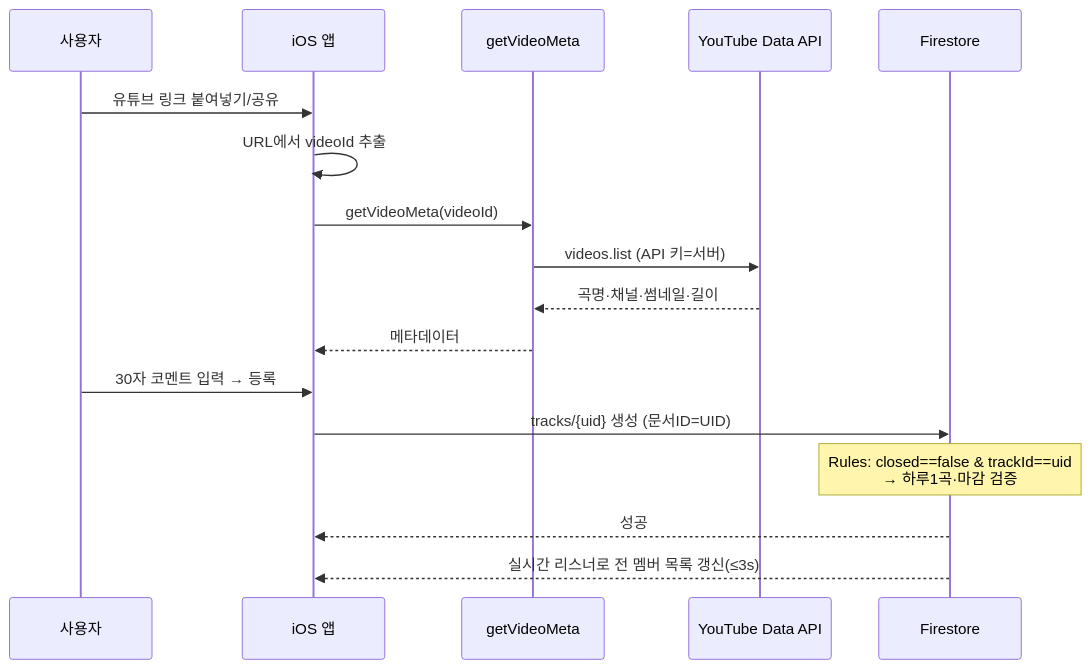
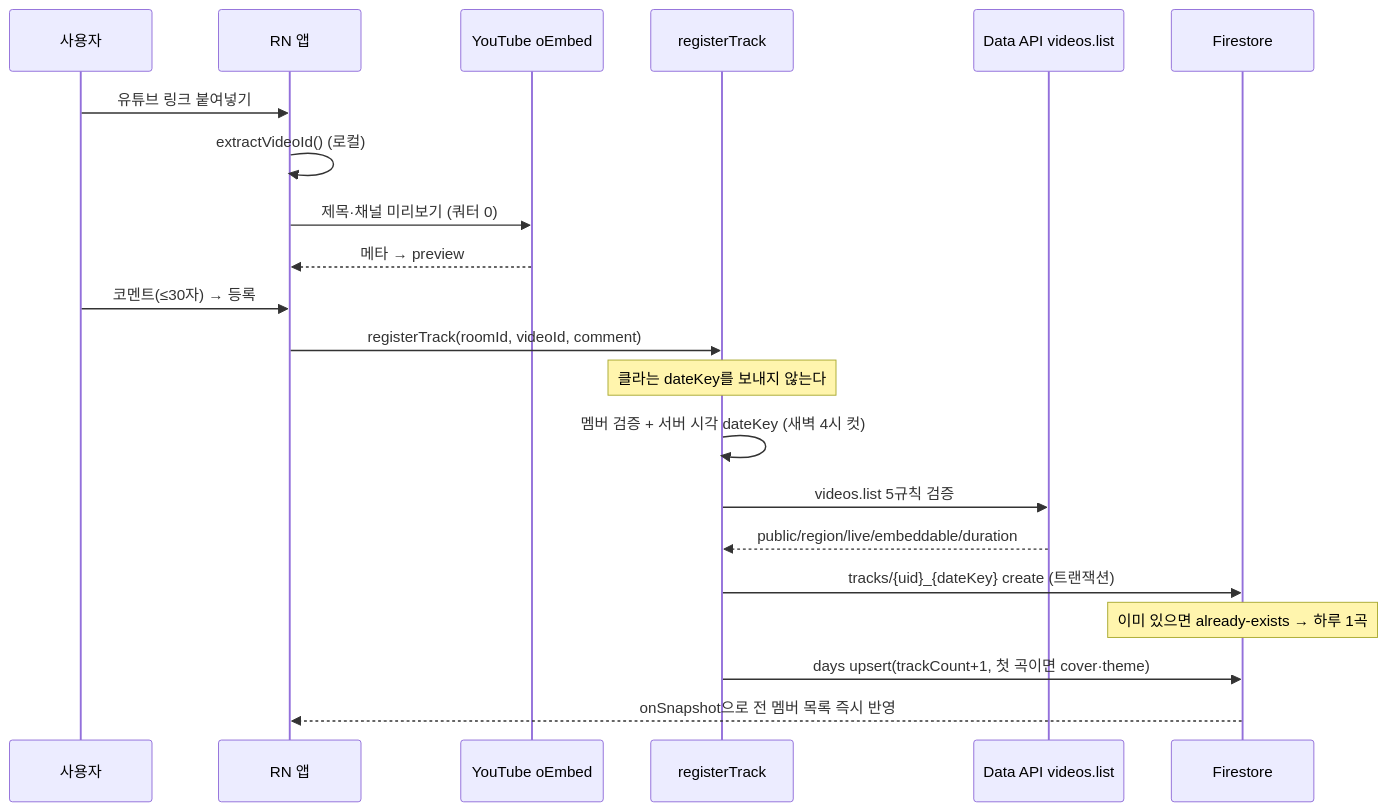
The second of 3 diagrams in docs/시스템아키텍처.md (team-muzikismulife/muzik), drawn with Mermaid before and after one commit. The commit also changed other lines of this file and 1 other file, not shown here.

First line of the commit message:
docs: 시스템 아키텍처 v2 재작성 및 ERD 정합성 이슈 절 추가

````diff
--- a/docs/시스템아키텍처.md
+++ b/docs/시스템아키텍처.md
@@ -79,20 +77,24 @@
 ```mermaid
 sequenceDiagram
     participant U as 사용자
-    participant App as iOS 앱
-    participant CF as getVideoMeta
-    participant YT as YouTube Data API
+    participant App as RN 앱
+    participant OE as YouTube oEmbed
+    participant CF as registerTrack
+    participant YT as Data API videos.list
     participant FS as Firestore
 
-    U->>App: 유튜브 링크 붙여넣기/공유
-    App->>App: URL에서 videoId 추출
-    App->>CF: getVideoMeta(videoId)
-    CF->>YT: videos.list (API 키=서버)
-    YT-->>CF: 곡명·채널·썸네일·길이
-    CF-->>App: 메타데이터
-    U->>App: 30자 코멘트 입력 → 등록
-    App->>FS: tracks/{uid} 생성 (문서ID=UID)
-    Note over FS: Rules: closed==false & trackId==uid<br/>→ 하루1곡·마감 검증
-    FS-->>App: 성공
-    FS-->>App: 실시간 리스너로 전 멤버 목록 갱신(≤3s)
+    U->>App: 유튜브 링크 붙여넣기
+    App->>App: extractVideoId() (로컬)
+    App->>OE: 제목·채널 미리보기 (쿼터 0)
+    OE-->>App: 메타 → preview
+    U->>App: 코멘트(≤30자) → 등록
+    App->>CF: registerTrack(roomId, videoId, comment)
+    Note over CF: 클라는 dateKey를 보내지 않는다
+    CF->>CF: 멤버 검증 + 서버 시각 dateKey (새벽 4시 컷)
+    CF->>YT: videos.list 5규칙 검증
+    YT-->>CF: public/region/live/embeddable/duration
+    CF->>FS: tracks/{uid}_{dateKey} create (트랜잭션)
+    Note over FS: 이미 있으면 already-exists → 하루 1곡
+    CF->>FS: days upsert(trackCount+1, 첫 곡이면 cover·theme)
+    FS-->>App: onSnapshot으로 전 멤버 목록 즉시 반영
 ```
````
